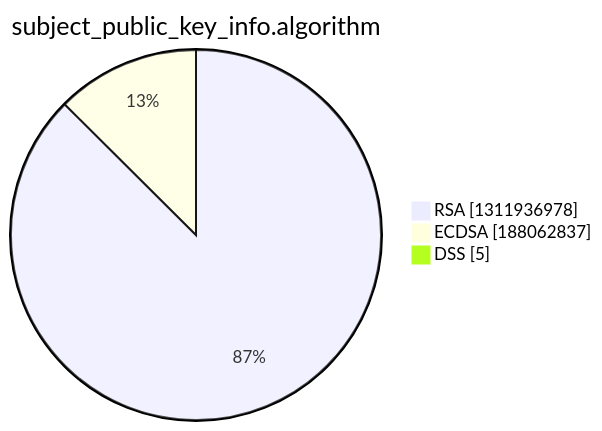
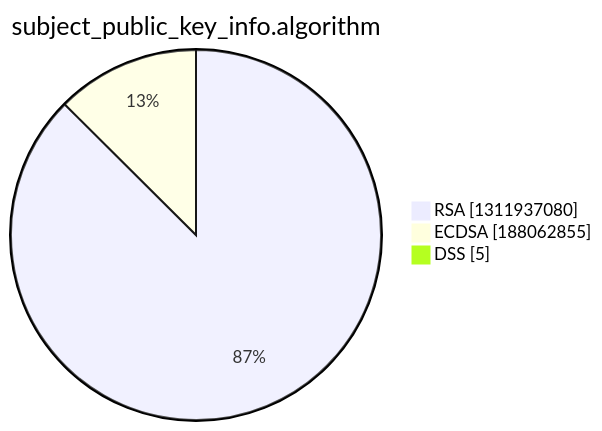
The third of 15 diagrams in xenon2022/README.md (christiankrug/ctmonitor_visualization), drawn with Mermaid before and after one commit. The commit also changed other lines of this file, not shown here.

````diff
--- a/xenon2022/README.md
+++ b/xenon2022/README.md
@@ -14,7 +14,7 @@
 ```mermaid
 pie showData
 title subject_public_key_info.algorithm
-"RSA" :1311936978
-"ECDSA" :188062837
+"RSA" :1311937080
+"ECDSA" :188062855
 "DSS" :5
 ```
````
